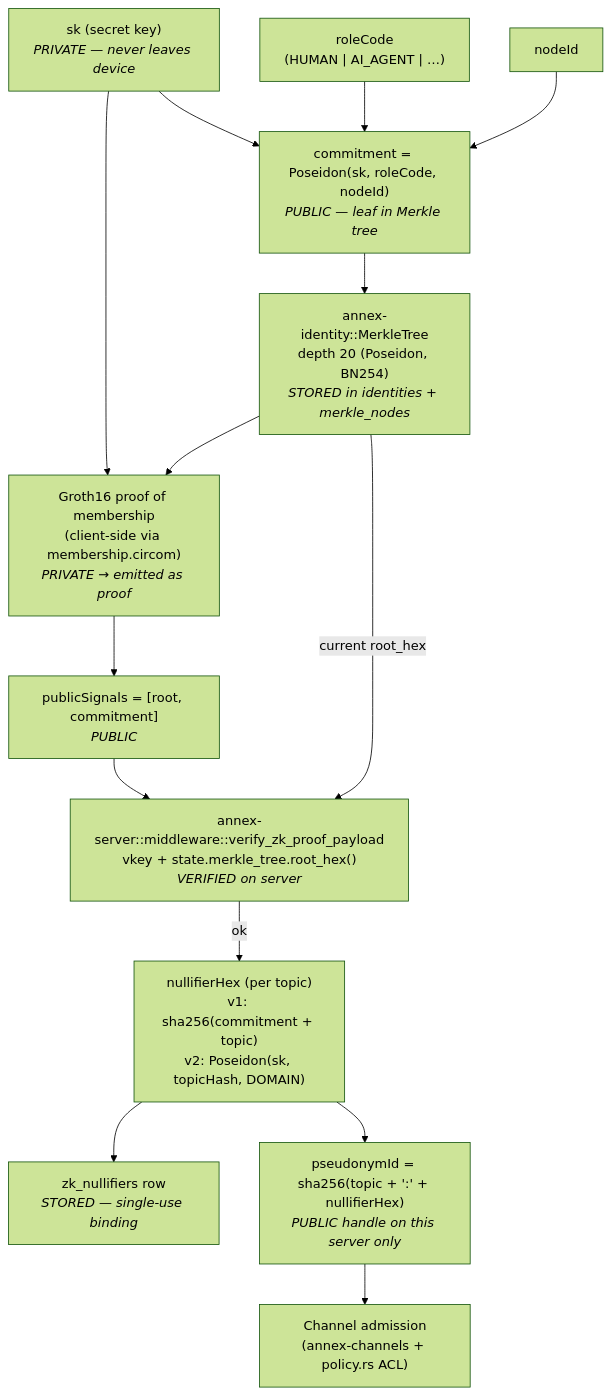
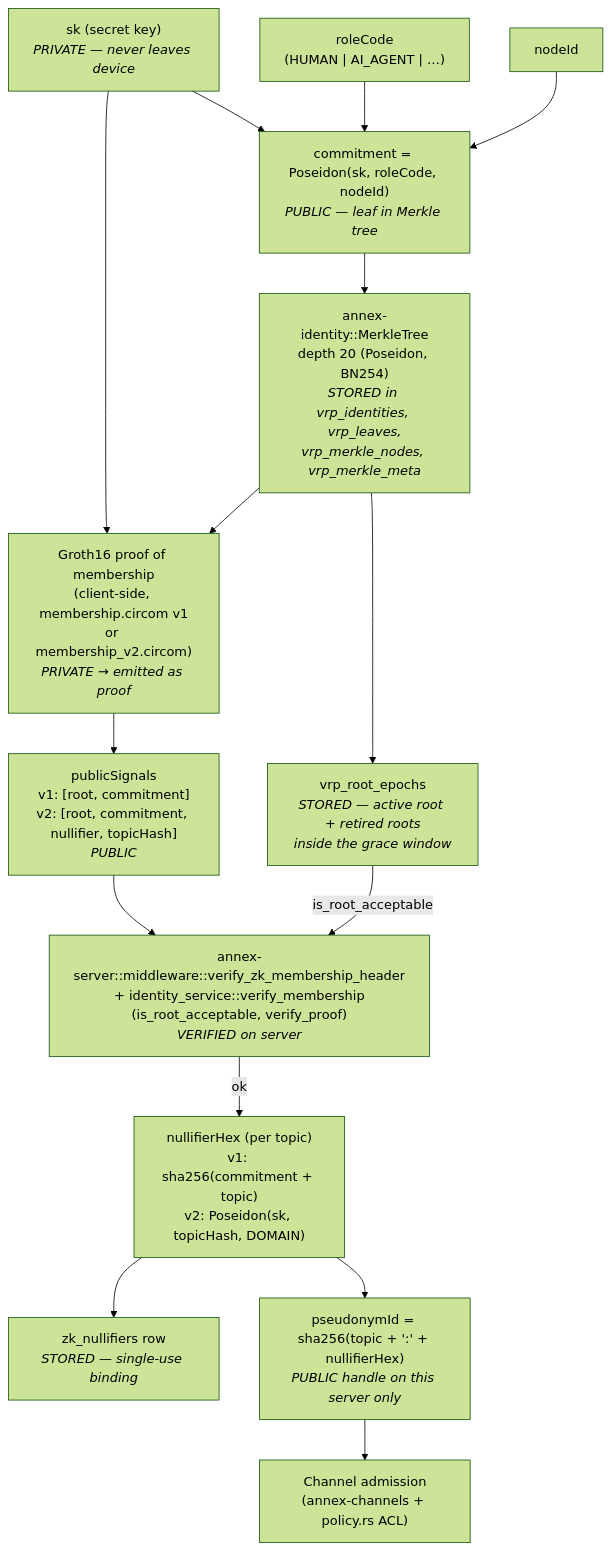
The second of 7 diagrams in docs/architecture/mermaid-diagrams.md (seismicgear/annex), drawn with Mermaid (forest theme) before and after one commit. The commit also changed other lines of this file, not shown here.

First line of the commit message:
docs: self-review audit pass on mermaid architecture diagrams

````diff
--- a/docs/architecture/mermaid-diagrams.md
+++ b/docs/architecture/mermaid-diagrams.md
@@ -70,29 +70,31 @@
 ```mermaid
 flowchart TB
     SK["sk (secret key)<br/><i>PRIVATE — never leaves device</i>"]
     ROLE["roleCode<br/>(HUMAN | AI_AGENT | …)"]
     NODE["nodeId"]
     COMMIT["commitment = Poseidon(sk, roleCode, nodeId)<br/><i>PUBLIC — leaf in Merkle tree</i>"]
-    TREE["annex-identity::MerkleTree<br/>depth 20 (Poseidon, BN254)<br/><i>STORED in identities + merkle_nodes</i>"]
-    PROOF["Groth16 proof of membership<br/>(client-side via membership.circom)<br/><i>PRIVATE → emitted as proof</i>"]
-    PUB["publicSignals = [root, commitment]<br/><i>PUBLIC</i>"]
-    VERIFY["annex-server::middleware::verify_zk_proof_payload<br/>vkey + state.merkle_tree.root_hex()<br/><i>VERIFIED on server</i>"]
+    TREE["annex-identity::MerkleTree<br/>depth 20 (Poseidon, BN254)<br/><i>STORED in vrp_identities, vrp_leaves,<br/>vrp_merkle_nodes, vrp_merkle_meta</i>"]
+    EPOCH["vrp_root_epochs<br/><i>STORED — active root + retired roots<br/>inside the grace window</i>"]
+    PROOF["Groth16 proof of membership<br/>(client-side, membership.circom v1<br/>or membership_v2.circom)<br/><i>PRIVATE → emitted as proof</i>"]
+    PUB["publicSignals<br/>v1: [root, commitment]<br/>v2: [root, commitment, nullifier, topicHash]<br/><i>PUBLIC</i>"]
+    VERIFY["annex-server::middleware::verify_zk_membership_header<br/>+ identity_service::verify_membership<br/>(is_root_acceptable, verify_proof)<br/><i>VERIFIED on server</i>"]
     NULL["nullifierHex (per topic)<br/>v1: sha256(commitment + topic)<br/>v2: Poseidon(sk, topicHash, DOMAIN)"]
     NULLDB["zk_nullifiers row<br/><i>STORED — single-use binding</i>"]
     PSEUDO["pseudonymId = sha256(topic + ':' + nullifierHex)<br/><i>PUBLIC handle on this server only</i>"]
     JOIN["Channel admission<br/>(annex-channels + policy.rs ACL)"]
 
     SK --> COMMIT
     ROLE --> COMMIT
     NODE --> COMMIT
     COMMIT --> TREE
+    TREE --> EPOCH
     SK --> PROOF
     TREE --> PROOF
     PROOF --> PUB
     PUB --> VERIFY
-    TREE -->|current root_hex| VERIFY
+    EPOCH -->|is_root_acceptable| VERIFY
     VERIFY -->|ok| NULL
     NULL --> NULLDB
     NULL --> PSEUDO
     PSEUDO --> JOIN
 ```
````
